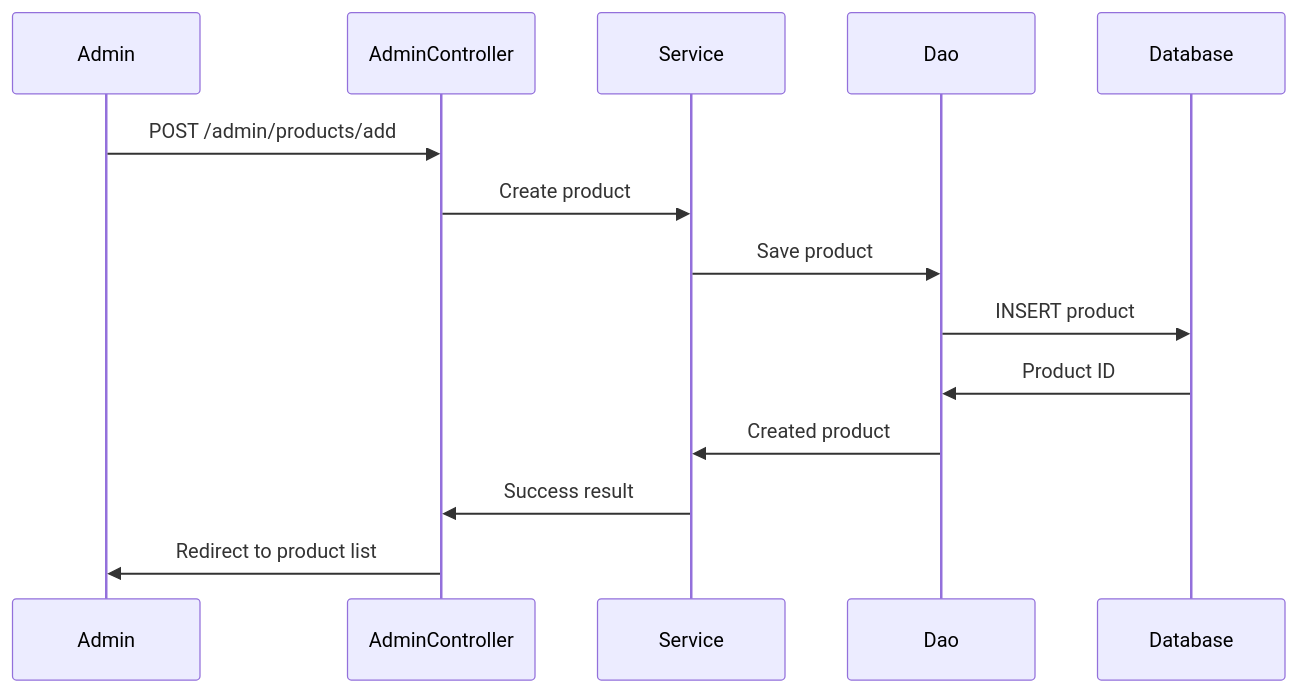
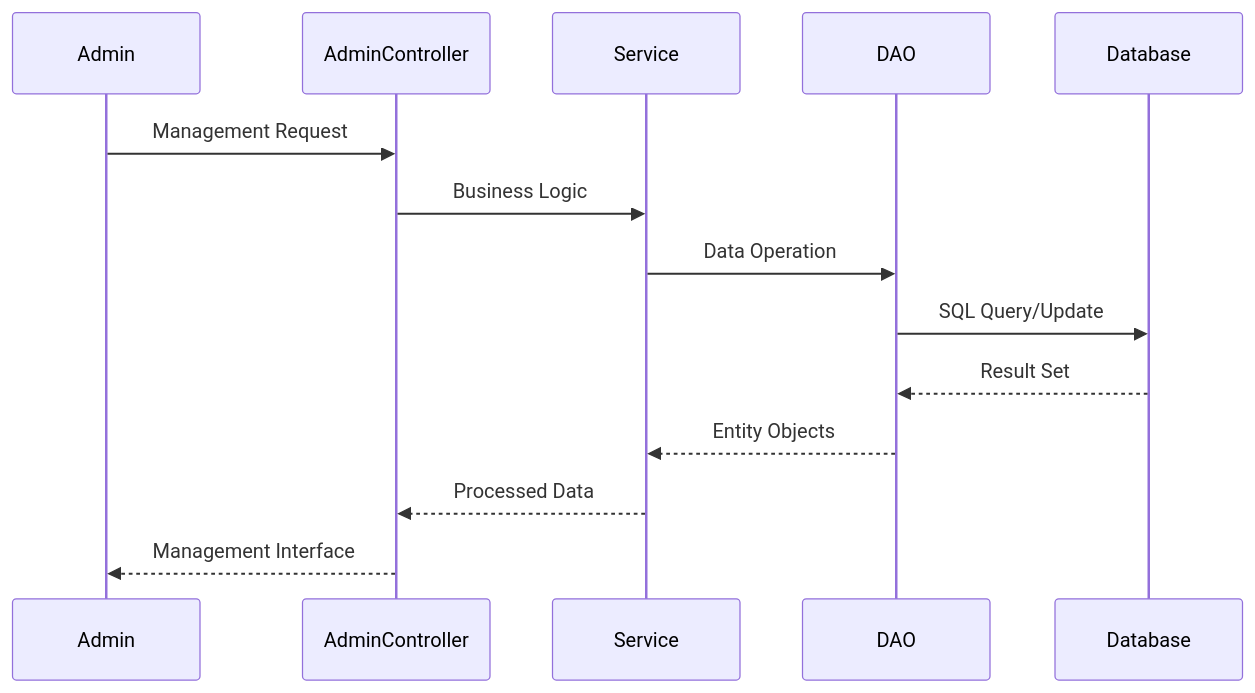
One commit to karthikv2206/ECommerce changed the fifth of 7 diagrams in .kiro/steering/architecture.md. Above: the diagram before and after it, drawn with Mermaid. The commit also changed other lines of this file and 7 other files, not shown here.

````diff
--- a/.kiro/steering/architecture.md
+++ b/.kiro/steering/architecture.md
@@ -950,17 +582,17 @@
 ```mermaid
 sequenceDiagram
     participant Admin
     participant AdminController
     participant Service
-    participant Dao
+    participant DAO
     participant Database
     
-    Admin->>AdminController: POST /admin/products/add
-    AdminController->>Service: Create product
-    Service->>Dao: Save product
-    Dao->>Database: INSERT product
-    Database->>Dao: Product ID
-    Dao->>Service: Created product
-    Service->>AdminController: Success result
-    AdminController->>Admin: Redirect to product list
+    Admin->>AdminController: Management Request
+    AdminController->>Service: Business Logic
+    Service->>DAO: Data Operation
+    DAO->>Database: SQL Query/Update
+    Database-->>DAO: Result Set
+    DAO-->>Service: Entity Objects
+    Service-->>AdminController: Processed Data
+    AdminController-->>Admin: Management Interface
 ```
````
